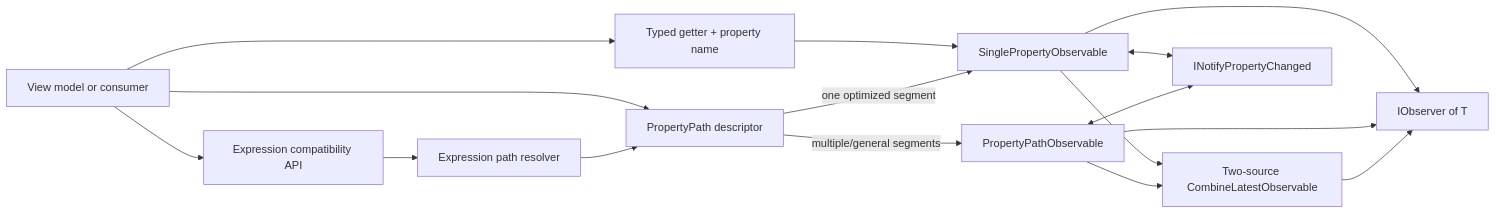
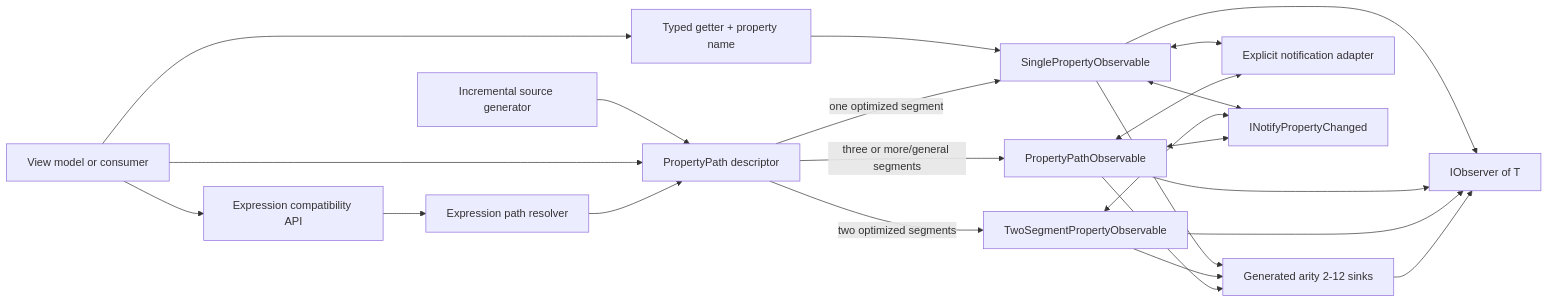
Before and after one commit to wieslawsoltes/ProMvvm: the diagram in docs/ARCHITECTURE.md, drawn with Mermaid. The commit also changed other lines of this file and 2 other files, not shown here.

Commit message:
Document compatibility architecture and results

````diff
--- a/docs/ARCHITECTURE.md
+++ b/docs/ARCHITECTURE.md
@@ -21,26 +21,36 @@
 ```mermaid
 flowchart LR
     Caller[View model or consumer]
     TypedGetter[Typed getter + property name]
     TypedPath[PropertyPath descriptor]
+    Generator[Incremental source generator]
     Expression[Expression compatibility API]
     Resolver[Expression path resolver]
     Single[SinglePropertyObservable]
+    TwoSegment[TwoSegmentPropertyObservable]
     Nested[PropertyPathObservable]
-    Combine[Two-source CombineLatestObservable]
+    Combine[Generated arity 2-12 sinks]
+    Adapter[Explicit notification adapter]
     INPC[INotifyPropertyChanged]
     Observer[IObserver of T]
 
     Caller --> TypedGetter --> Single
+    Generator --> TypedPath
     Caller --> TypedPath
     Caller --> Expression --> Resolver --> TypedPath
     TypedPath -->|one optimized segment| Single
-    TypedPath -->|multiple/general segments| Nested
+    TypedPath -->|two optimized segments| TwoSegment
+    TypedPath -->|three or more/general segments| Nested
     Single <--> INPC
+    TwoSegment <--> INPC
     Nested <--> INPC
+    Single <--> Adapter
+    Nested <--> Adapter
     Single --> Observer
     Nested --> Observer
+    TwoSegment --> Observer
     Single --> Combine
+    TwoSegment --> Combine
     Nested --> Combine
     Combine --> Observer
 ```
````
